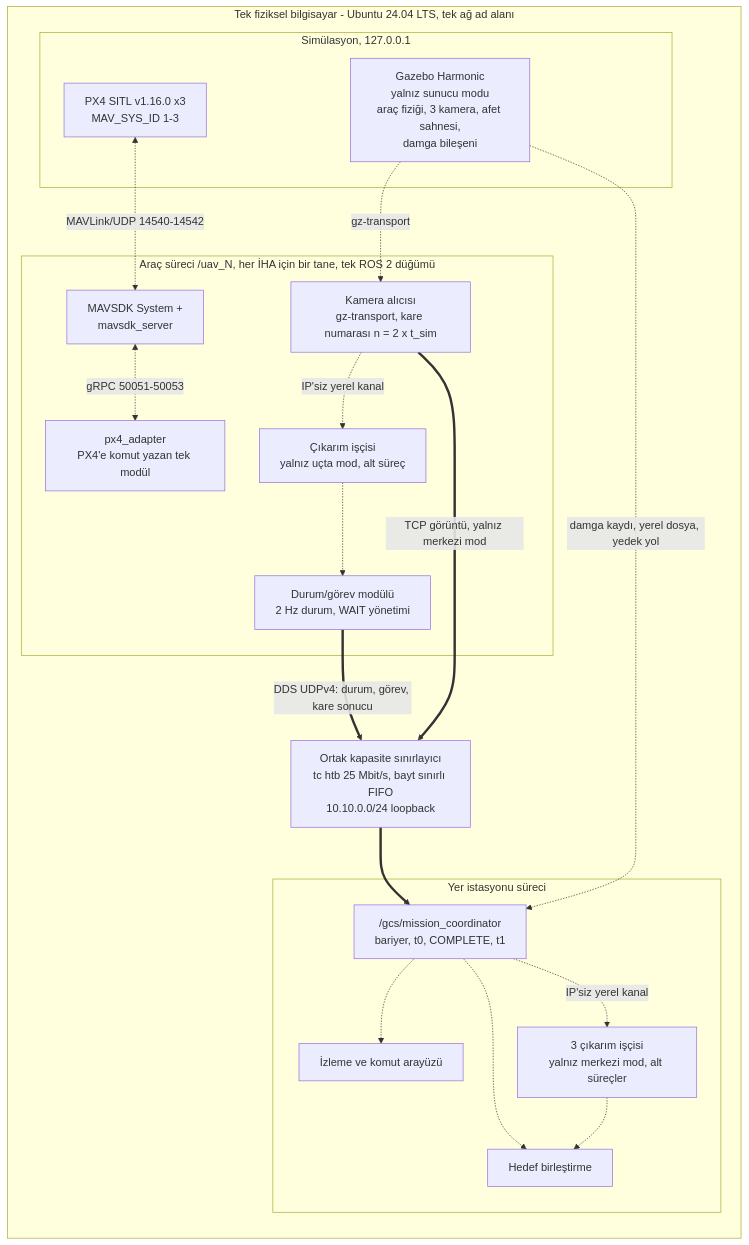
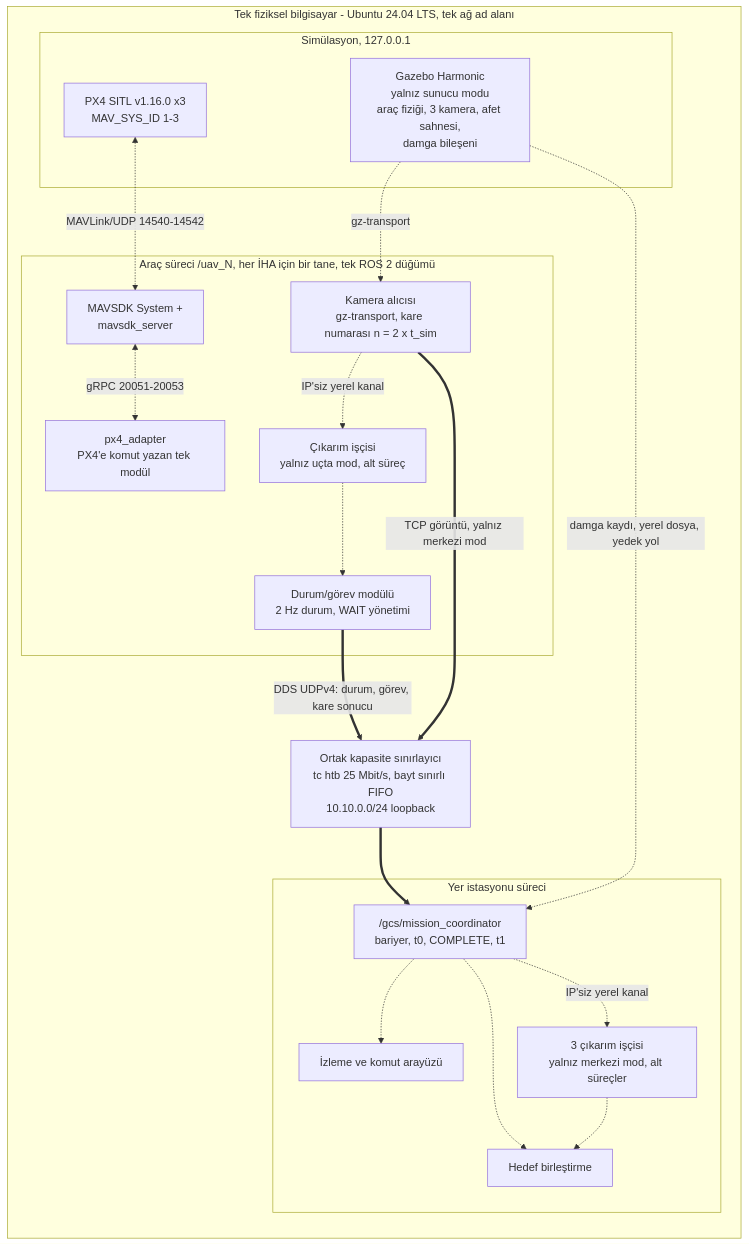
The first of 5 diagrams in planlama/mimari.md (BEUN-PROJE-EKIP/blm498-diploma-calismasi-detayli), drawn with Mermaid before and after one commit. The commit also changed other lines of this file and 25 other files, not shown here.

````diff
--- a/planlama/mimari.md
+++ b/planlama/mimari.md
@@ -9,37 +9,37 @@
 ```mermaid
 flowchart LR
   subgraph PC["Tek fiziksel bilgisayar - Ubuntu 24.04 LTS, tek ağ ad alanı"]
     subgraph SIM["Simülasyon, 127.0.0.1"]
       GZ["Gazebo Harmonic<br/>yalnız sunucu modu<br/>araç fiziği, 3 kamera, afet sahnesi,<br/>damga bileşeni"]
       PX["PX4 SITL v1.16.0 x3<br/>MAV_SYS_ID 1-3"]
     end
     subgraph UAV["Araç süreci /uav_N, her İHA için bir tane, tek ROS 2 düğümü"]
       CAM["Kamera alıcısı<br/>gz-transport, kare numarası n = 2 x t_sim"]
       ADP["px4_adapter<br/>PX4'e komut yazan tek modül"]
       DM["Durum/görev modülü<br/>2 Hz durum, WAIT yönetimi"]
       MS["MAVSDK System +<br/>mavsdk_server"]
       WU["Çıkarım işçisi<br/>yalnız uçta mod, alt süreç"]
     end
     subgraph GCS["Yer istasyonu süreci"]
       MC["/gcs/mission_coordinator<br/>bariyer, t0, COMPLETE, t1"]
       TM["Hedef birleştirme"]
       UI["İzleme ve komut arayüzü"]
       WG["3 çıkarım işçisi<br/>yalnız merkezi mod, alt süreçler"]
     end
     LIM["Ortak kapasite sınırlayıcı<br/>tc htb 25 Mbit/s, bayt sınırlı FIFO<br/>10.10.0.0/24 loopback"]
   end
 
   GZ -.->|"gz-transport"| CAM
   PX <-.->|"MAVLink/UDP 14540-14542"| MS
-  MS <-.->|"gRPC 50051-50053"| ADP
+  MS <-.->|"gRPC 20051-20053"| ADP
   CAM -.->|"IP'siz yerel kanal"| WU
   WU -.-> DM
   DM ==>|"DDS UDPv4: durum, görev, kare sonucu"| LIM
   CAM ==>|"TCP görüntü, yalnız merkezi mod"| LIM
   LIM ==> MC
   MC -.-> TM
   MC -.-> UI
   MC -.->|"IP'siz yerel kanal"| WG
   WG -.-> TM
   GZ -.->|"damga kaydı, yerel dosya, yedek yol"| MC
 ```
````
